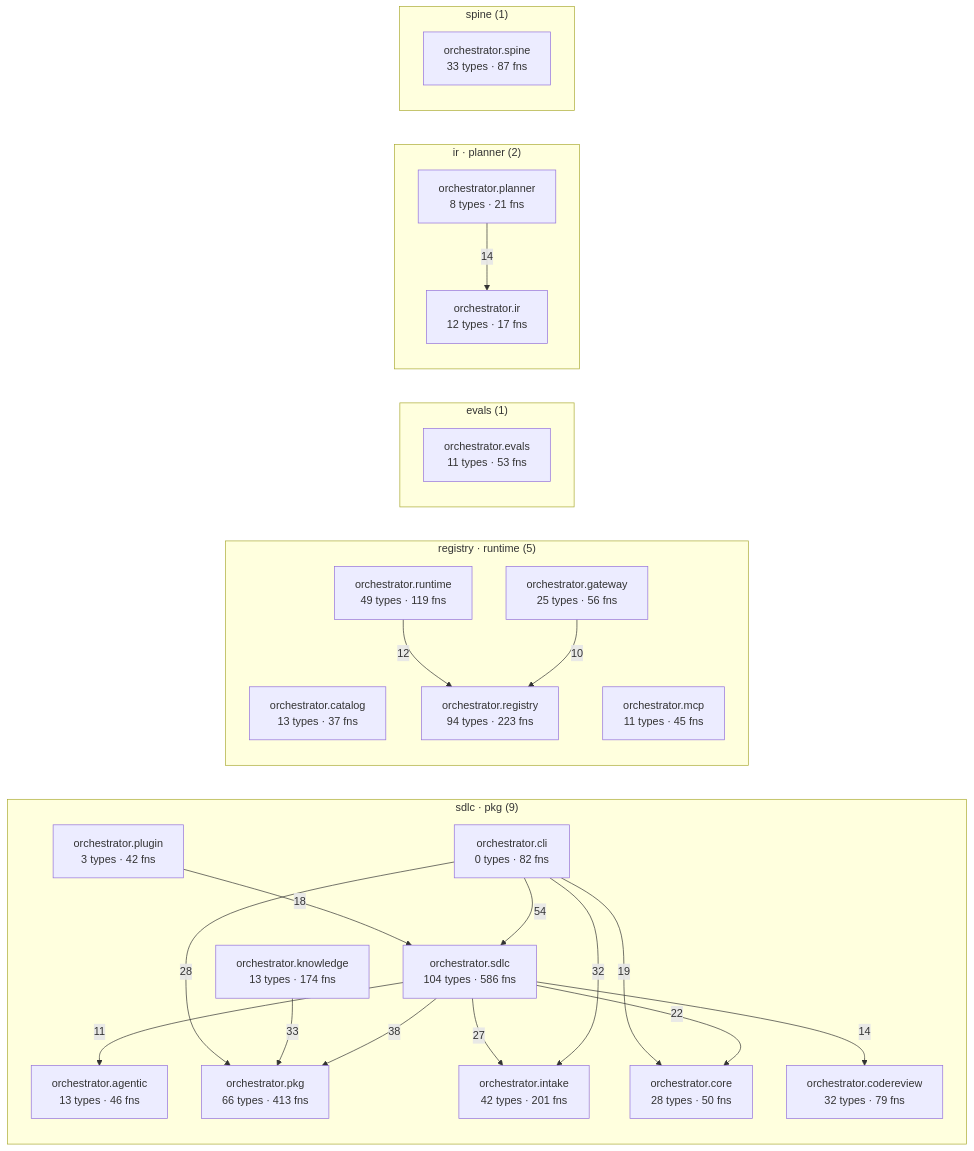
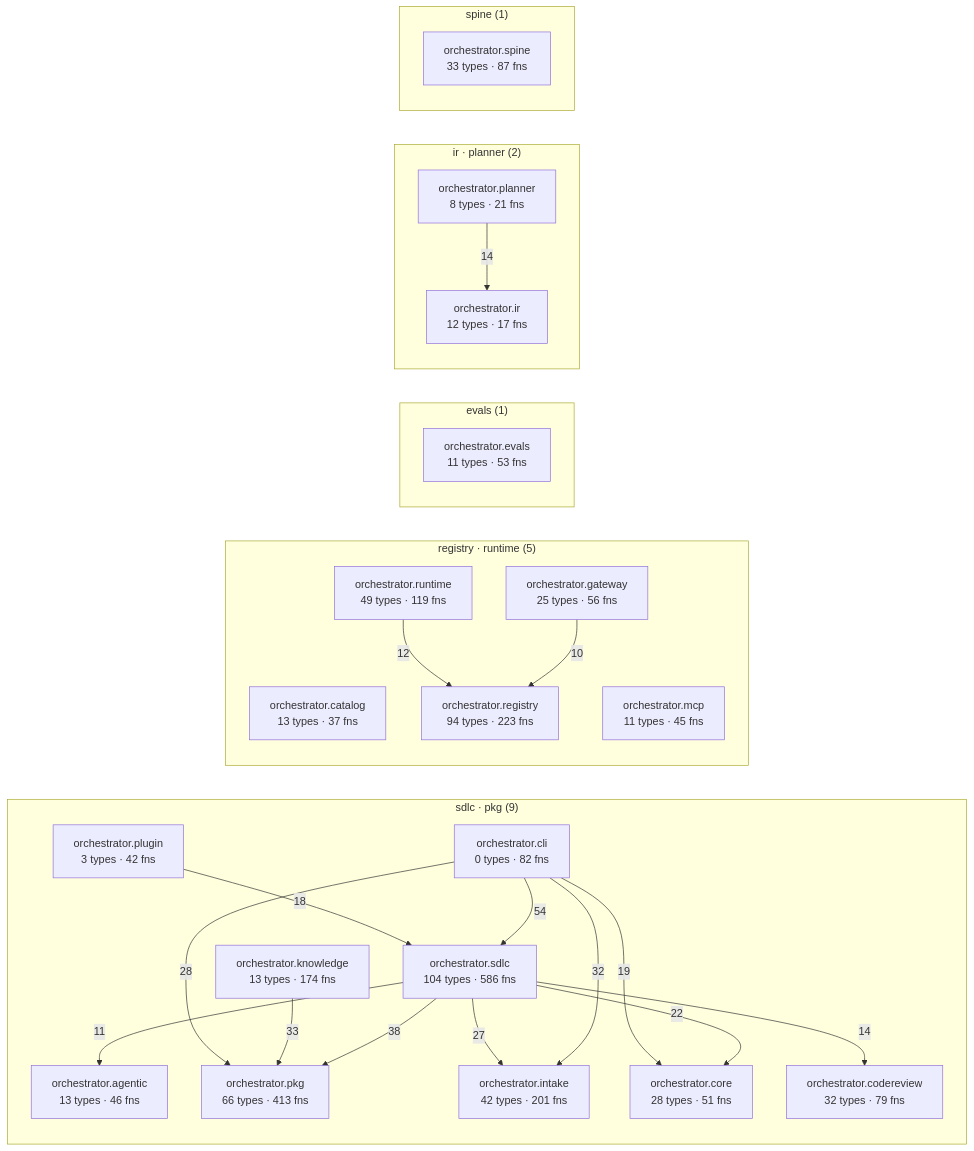
One commit to synaptixs/spine changed the diagram in episteme/architecture.md. Above: the diagram before and after it, drawn with Mermaid. The commit also changed other lines of this file and 10 other files, not shown here.

````diff
--- a/episteme/architecture.md
+++ b/episteme/architecture.md
@@ -54,45 +54,45 @@
 ```mermaid
 flowchart LR
   subgraph c_1["sdlc · pkg (9)"]
     aorchestratoragentic["orchestrator.agentic<br/>13 types · 46 fns"]
     aorchestratorcli["orchestrator.cli<br/>0 types · 82 fns"]
     aorchestratorcodereview["orchestrator.codereview<br/>32 types · 79 fns"]
-    aorchestratorcore["orchestrator.core<br/>28 types · 50 fns"]
+    aorchestratorcore["orchestrator.core<br/>28 types · 51 fns"]
     aorchestratorintake["orchestrator.intake<br/>42 types · 201 fns"]
     aorchestratorknowledge["orchestrator.knowledge<br/>13 types · 174 fns"]
     aorchestratorpkg["orchestrator.pkg<br/>66 types · 413 fns"]
     aorchestratorplugin["orchestrator.plugin<br/>3 types · 42 fns"]
     aorchestratorsdlc["orchestrator.sdlc<br/>104 types · 586 fns"]
   end
   subgraph c_3["registry · runtime (5)"]
     aorchestratorcatalog["orchestrator.catalog<br/>13 types · 37 fns"]
     aorchestratorgateway["orchestrator.gateway<br/>25 types · 56 fns"]
     aorchestratormcp["orchestrator.mcp<br/>11 types · 45 fns"]
     aorchestratorregistry["orchestrator.registry<br/>94 types · 223 fns"]
     aorchestratorruntime["orchestrator.runtime<br/>49 types · 119 fns"]
   end
   subgraph c_5["evals (1)"]
     aorchestratorevals["orchestrator.evals<br/>11 types · 53 fns"]
   end
   subgraph c_7["ir · planner (2)"]
     aorchestratorir["orchestrator.ir<br/>12 types · 17 fns"]
     aorchestratorplanner["orchestrator.planner<br/>8 types · 21 fns"]
   end
   subgraph c_10["spine (1)"]
     aorchestratorspine["orchestrator.spine<br/>33 types · 87 fns"]
   end
   aorchestratorcli -->|54| aorchestratorsdlc
   aorchestratorsdlc -->|38| aorchestratorpkg
   aorchestratorknowledge -->|33| aorchestratorpkg
   aorchestratorcli -->|32| aorchestratorintake
   aorchestratorcli -->|28| aorchestratorpkg
   aorchestratorsdlc -->|27| aorchestratorintake
   aorchestratorsdlc -->|22| aorchestratorcore
   aorchestratorcli -->|19| aorchestratorcore
   aorchestratorplugin -->|18| aorchestratorsdlc
   aorchestratorplanner -->|14| aorchestratorir
   aorchestratorsdlc -->|14| aorchestratorcodereview
   aorchestratorruntime -->|12| aorchestratorregistry
   aorchestratorsdlc -->|11| aorchestratoragentic
   aorchestratorgateway -->|10| aorchestratorregistry
 ```
````
